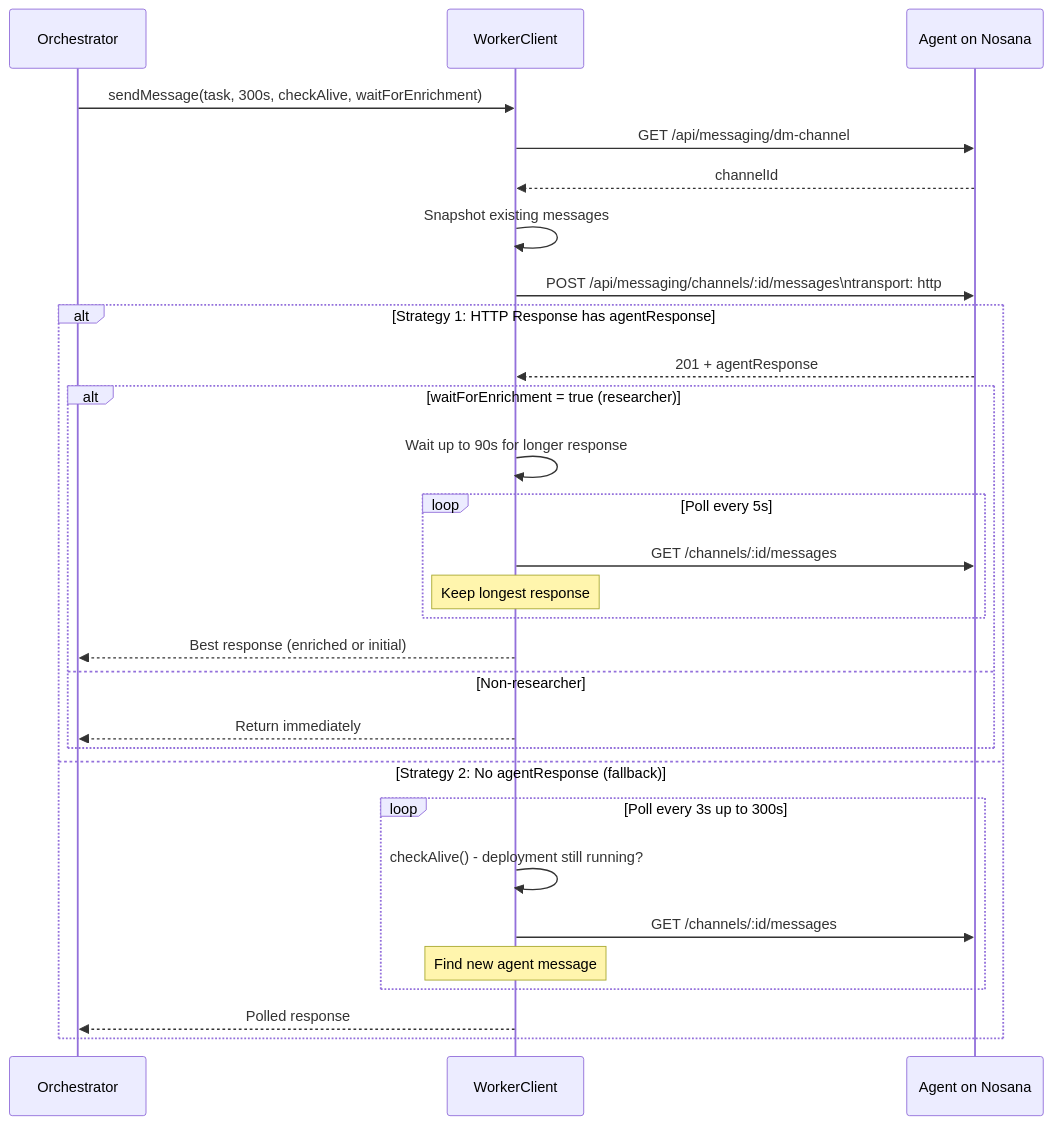
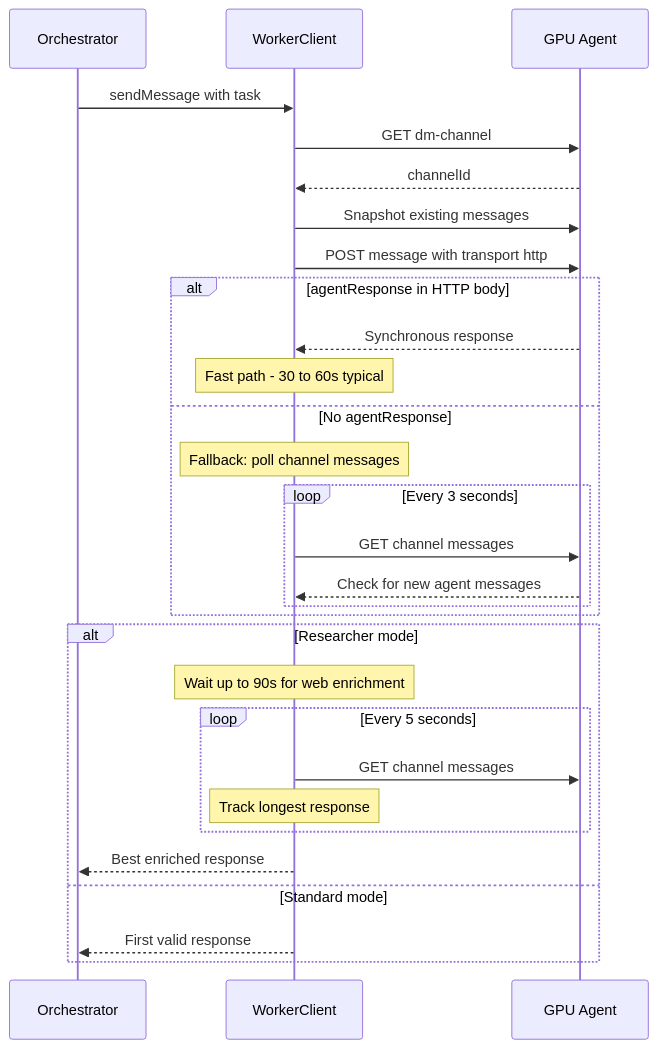
The fourth of 5 diagrams in ARCHITECTURE.md (Andy00L/agent-challenge-4), drawn with Mermaid before and after one commit. The commit also changed other lines of this file and 55 other files, not shown here.

````diff
--- a/ARCHITECTURE.md
+++ b/ARCHITECTURE.md
@@ -227,35 +267,32 @@
 ```mermaid
 sequenceDiagram
-    participant O as Orchestrator
+    participant Orch as Orchestrator
     participant WC as WorkerClient
-    participant A as Agent on Nosana
+    participant Agent as GPU Agent
 
-    O->>WC: sendMessage(task, 300s, checkAlive, waitForEnrichment)
-    WC->>A: GET /api/messaging/dm-channel
-    A-->>WC: channelId
-    WC->>WC: Snapshot existing messages
-
-    WC->>A: POST /api/messaging/channels/:id/messages\ntransport: http
-
-    alt Strategy 1: HTTP Response has agentResponse
-        A-->>WC: 201 + agentResponse
-        alt waitForEnrichment = true (researcher)
-            WC->>WC: Wait up to 90s for longer response
-            loop Poll every 5s
-                WC->>A: GET /channels/:id/messages
-                Note over WC: Keep longest response
-            end
-            WC-->>O: Best response (enriched or initial)
-        else Non-researcher
-            WC-->>O: Return immediately
+    Orch->>WC: sendMessage with task
+    WC->>Agent: GET dm-channel
+    Agent-->>WC: channelId
+    WC->>Agent: Snapshot existing messages
+    WC->>Agent: POST message with transport http
+    alt agentResponse in HTTP body
+        Agent-->>WC: Synchronous response
+        Note over WC: Fast path - 30 to 60s typical
+    else No agentResponse
+        Note over WC: Fallback: poll channel messages
+        loop Every 3 seconds
+            WC->>Agent: GET channel messages
+            Agent-->>WC: Check for new agent messages
         end
-
-    else Strategy 2: No agentResponse (fallback)
-        loop Poll every 3s up to 300s
-            WC->>WC: checkAlive() - deployment still running?
-            WC->>A: GET /channels/:id/messages
-            Note over WC: Find new agent message
+    end
+    alt Researcher mode
+        Note over WC: Wait up to 90s for web enrichment
+        loop Every 5 seconds
+            WC->>Agent: GET channel messages
+            Note over WC: Track longest response
         end
-        WC-->>O: Polled response
+        WC-->>Orch: Best enriched response
+    else Standard mode
+        WC-->>Orch: First valid response
     end
 ```
````
